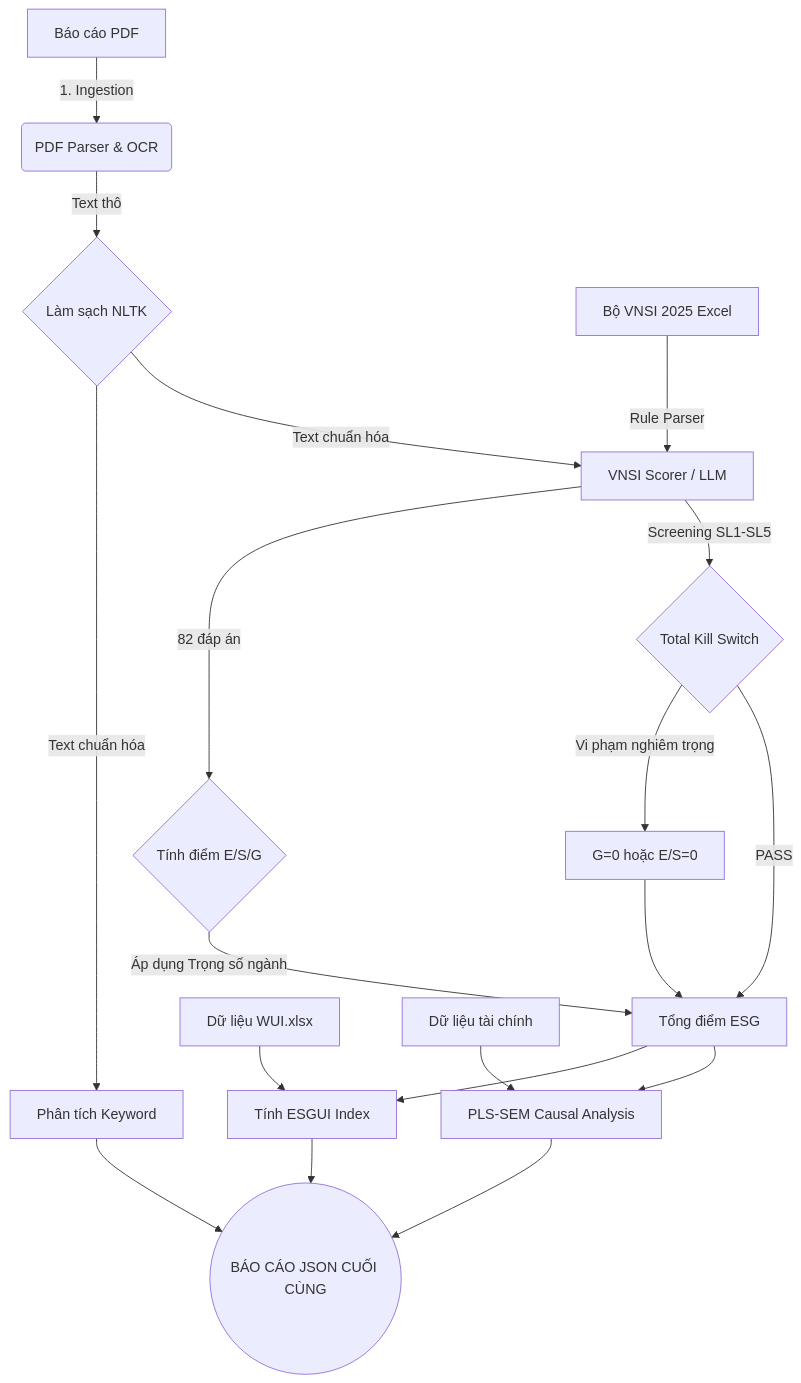
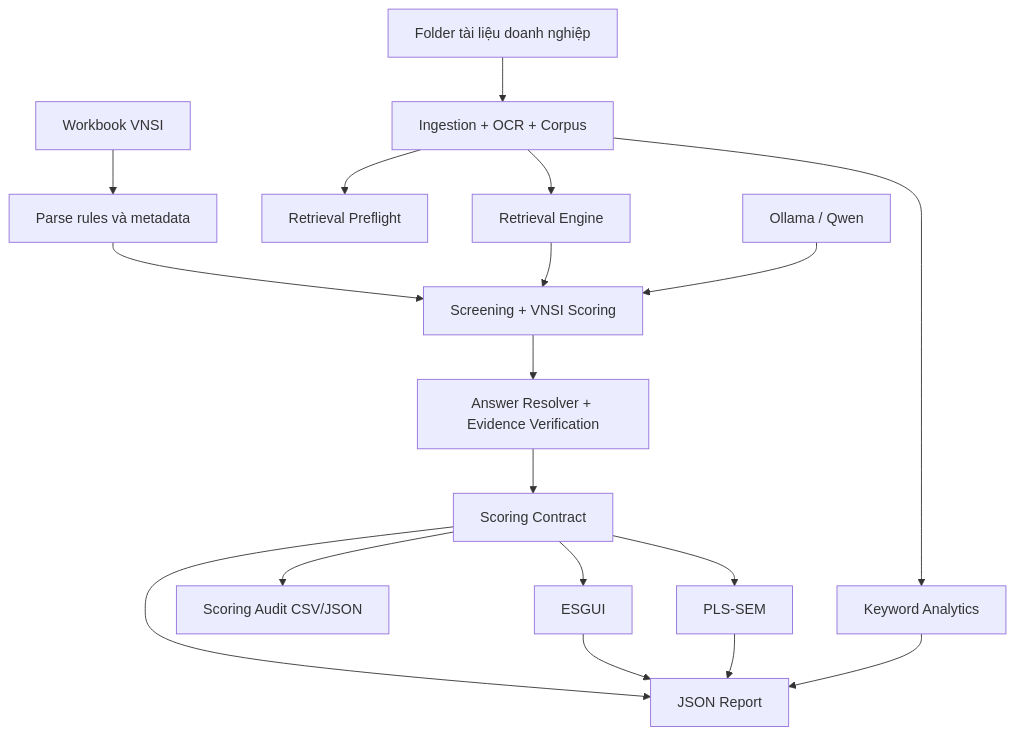
The diagram in docs/manual/2_luong_hoat_dong.md (KhoiPhanT/ESG_LLM_SCORING), drawn with Mermaid before and after one commit. The commit also changed other lines of this file and 5 other files, not shown here.

````diff
--- a/docs/manual/2_luong_hoat_dong.md
+++ b/docs/manual/2_luong_hoat_dong.md
@@ -7,27 +7,20 @@
 ```mermaid
 graph TD
-    A[Báo cáo PDF] -->|1. Ingestion| B(PDF Parser & OCR)
-    B -->|Text thô| C{Làm sạch NLTK}
-    C -->|Text chuẩn hóa| D[Phân tích Keyword]
-    
-    C -->|Text chuẩn hóa| E[VNSI Scorer / LLM]
-    Excel[Bộ VNSI 2025 Excel] -->|Rule Parser| E
-    
-    E -->|82 đáp án| F{Tính điểm E/S/G}
-    F -->|Áp dụng Trọng số ngành| G[Tổng điểm ESG]
-    
-    E -->|Screening SL1-SL5| H{Total Kill Switch}
-    H -- "Vi phạm nghiêm trọng" --> I[G=0 hoặc E/S=0]
-    H -- "PASS" --> G
-    I --> G
-    
-    WUI[Dữ liệu WUI.xlsx] --> J[Tính ESGUI Index]
-    G --> J
-    
-    Data[Dữ liệu tài chính] --> K[PLS-SEM Causal Analysis]
-    G --> K
-    
-    J --> L((BÁO CÁO JSON CUỐI CÙNG))
-    K --> L
-    D --> L
+    A[Workbook VNSI] --> B[Parse rules và metadata]
+    C[Folder tài liệu doanh nghiệp] --> D[Ingestion + OCR + Corpus]
+    D --> E[Retrieval Preflight]
+    D --> F[Retrieval Engine]
+    B --> G[Screening + VNSI Scoring]
+    F --> G
+    H[Ollama / Qwen] --> G
+    G --> I[Answer Resolver + Evidence Verification]
+    I --> J[Scoring Contract]
+    J --> K[JSON Report]
+    J --> L[Scoring Audit CSV/JSON]
+    D --> M[Keyword Analytics]
+    J --> N[ESGUI]
+    J --> O[PLS-SEM]
+    M --> K
+    N --> K
+    O --> K
 ```
````
